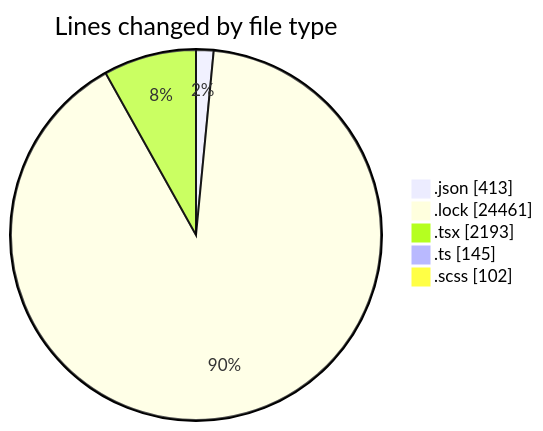
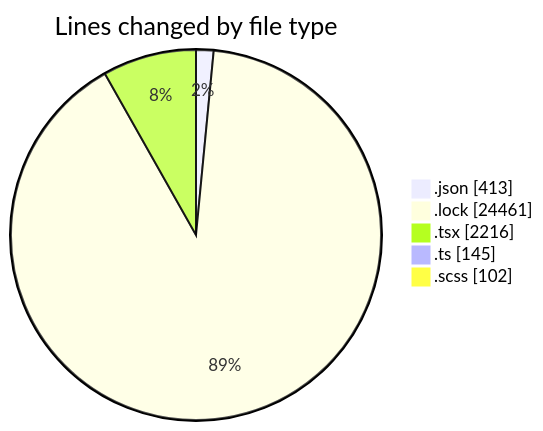
The first of 2 diagrams in 2026-05-14/cda/README.md (momahboobian/code-tracking), drawn with Mermaid before and after one commit. The commit also changed other lines of this file and 1 other file, not shown here.

````diff
--- a/2026-05-14/cda/README.md
+++ b/2026-05-14/cda/README.md
@@ -38,9 +38,9 @@
 ```mermaid
 pie showData
 title Lines changed by file type
 ".json" : 413
 ".lock" : 24461
-".tsx" : 2193
+".tsx" : 2216
 ".ts" : 145
 ".scss" : 102
 ```
````
